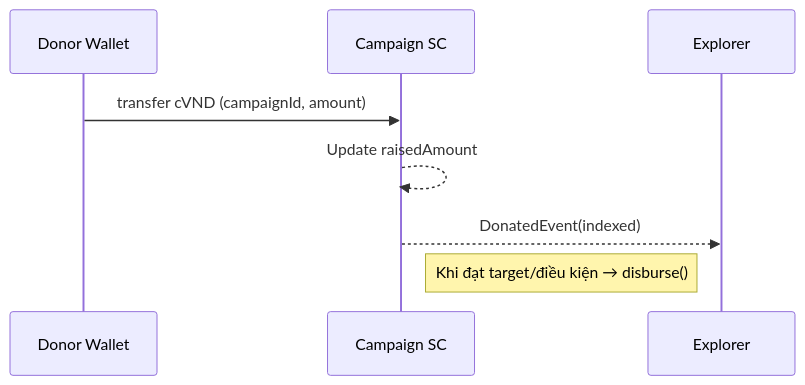
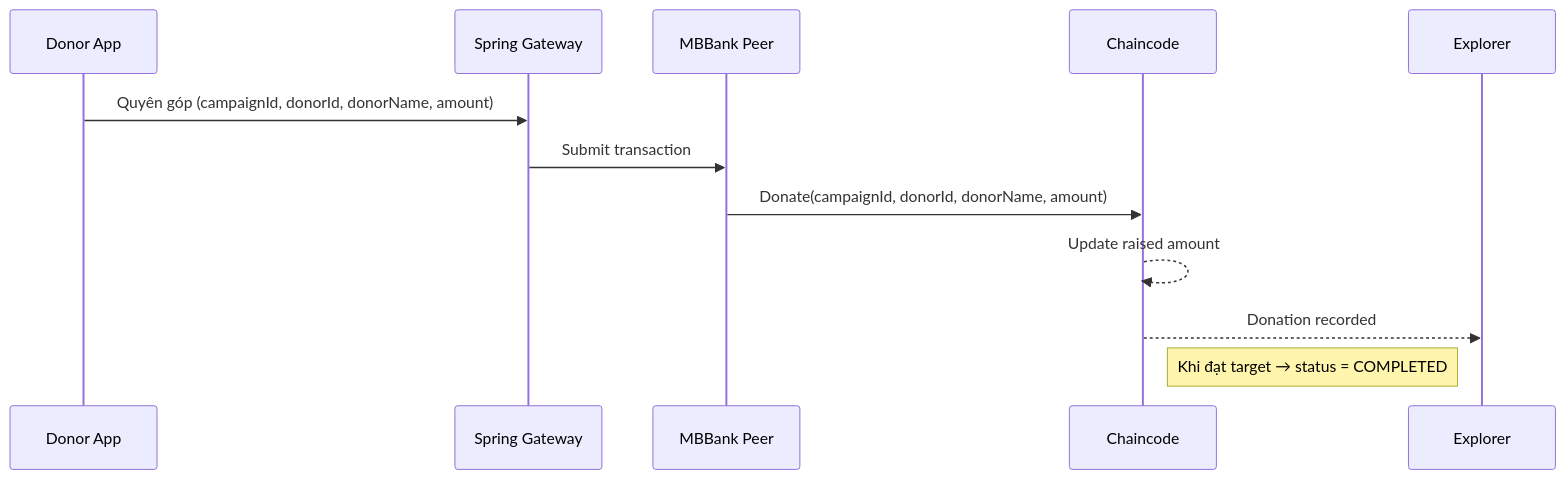
One commit to trunghc97/kind-ledger changed the fifth of 6 diagrams in documents/intro.md. Above: the diagram before and after it, drawn with Mermaid. The commit also changed other lines of this file and 146 other files, not shown here.

````diff
--- a/documents/intro.md
+++ b/documents/intro.md
@@ -238,10 +252,14 @@
 ```mermaid
 sequenceDiagram
-  participant U as Donor Wallet
-  participant C as Campaign SC
+  participant U as Donor App
+  participant GW as Spring Gateway
+  participant MB as MBBank Peer
+  participant CC as Chaincode
   participant E as Explorer
-  U->>C: transfer cVND (campaignId, amount)
-  C-->>C: Update raisedAmount
-  C-->>E: DonatedEvent(indexed)
-  Note right of C: Khi đạt target/điều kiện → disburse()
+  U->>GW: Quyên góp (campaignId, donorId, donorName, amount)
+  GW->>MB: Submit transaction
+  MB->>CC: Donate(campaignId, donorId, donorName, amount)
+  CC-->>CC: Update raised amount
+  CC-->>E: Donation recorded
+  Note right of CC: Khi đạt target → status = COMPLETED
 ```
````
